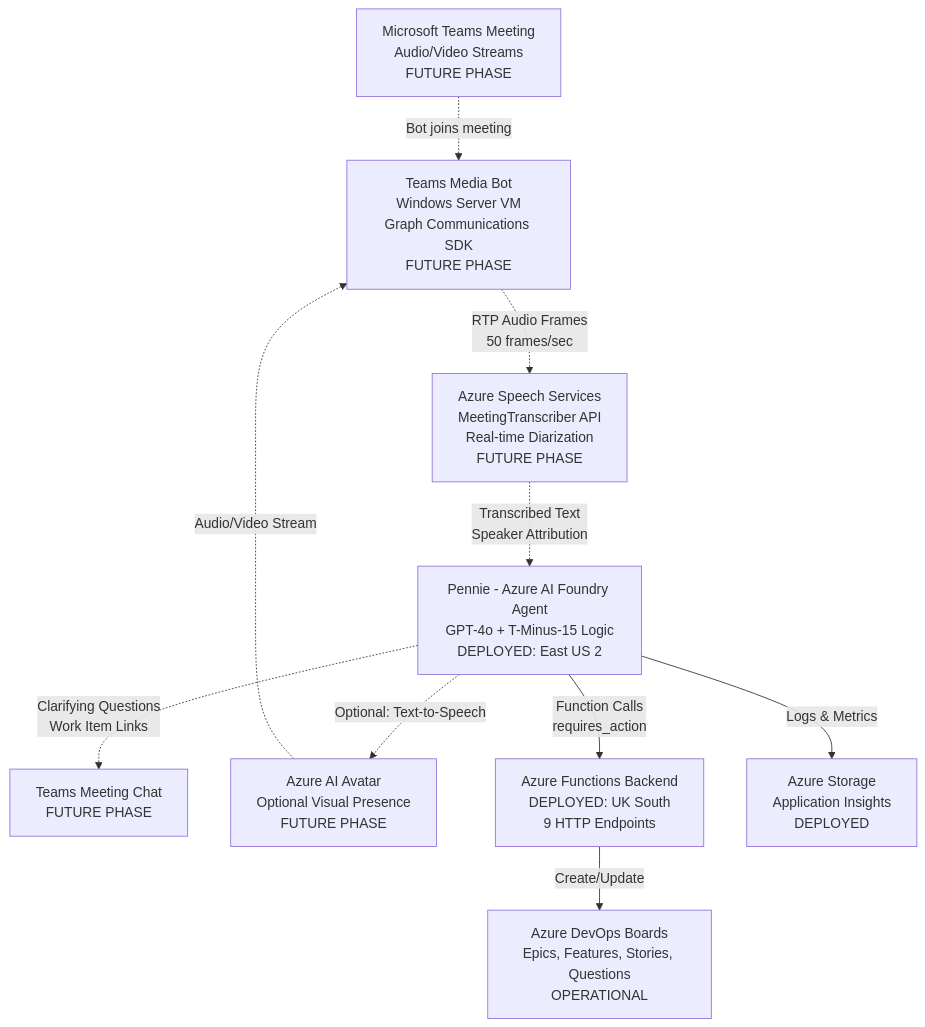
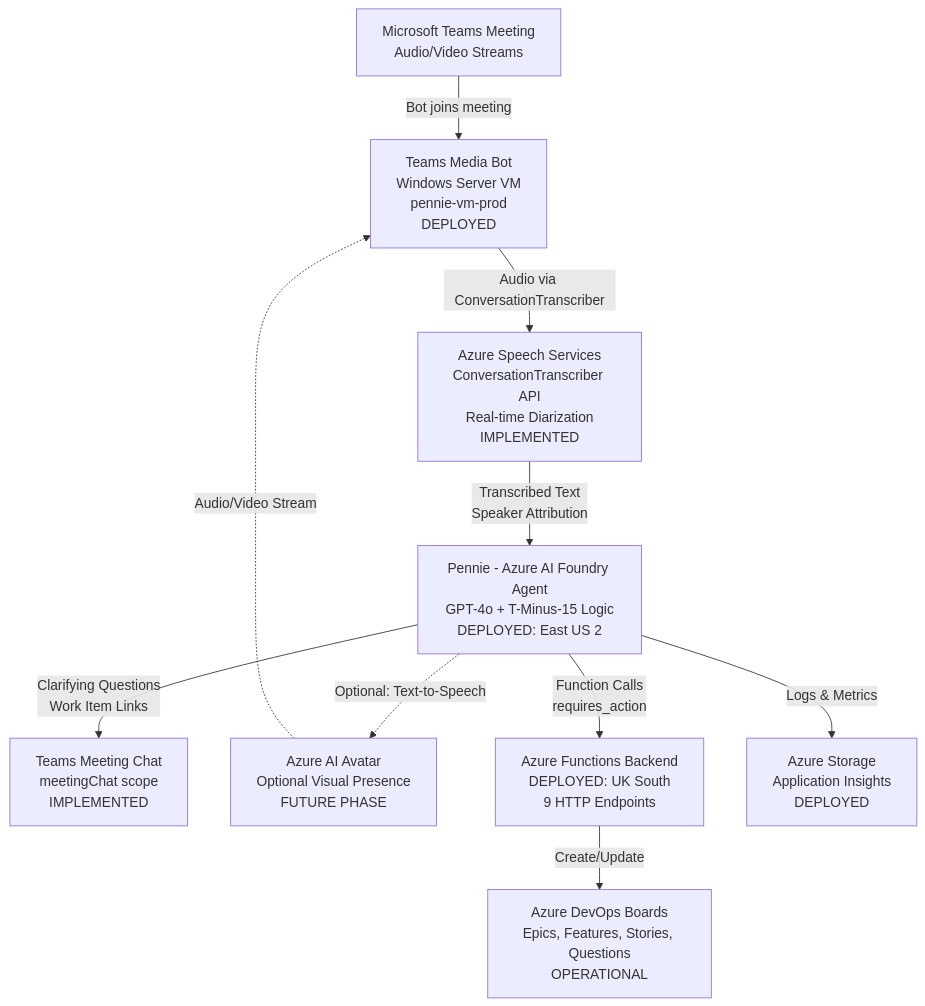
The diagram in docs/SOLUTION_DESIGN.adoc (knowall-ai/GetPenn.ie), drawn with Mermaid before and after one commit. The commit also changed other lines of this file, not shown here.

First line of the commit message:
docs: Update SOLUTION_DESIGN.adoc to reflect deployed media bot infrastructure

```diff
--- a/docs/SOLUTION_DESIGN.adoc
+++ b/docs/SOLUTION_DESIGN.adoc
@@ -17,13 +19,13 @@
 [mermaid]
 ----
 flowchart TD
-    TeamsMeeting[Microsoft Teams Meeting<br/>Audio/Video Streams<br/>FUTURE PHASE] -.->|Bot joins meeting| MediaBot[Teams Media Bot<br/>Windows Server VM<br/>Graph Communications SDK<br/>FUTURE PHASE]
-    MediaBot -.->|RTP Audio Frames<br/>50 frames/sec| SpeechServices[Azure Speech Services<br/>MeetingTranscriber API<br/>Real-time Diarization<br/>FUTURE PHASE]
-    SpeechServices -.->|Transcribed Text<br/>Speaker Attribution| FoundryAgent[Pennie - Azure AI Foundry Agent<br/>GPT-4o + T-Minus-15 Logic<br/>DEPLOYED: East US 2]
-    FoundryAgent -.->|Clarifying Questions<br/>Work Item Links| TeamsChat[Teams Meeting Chat<br/>FUTURE PHASE]
+    TeamsMeeting[Microsoft Teams Meeting<br/>Audio/Video Streams] -->|Bot joins meeting| MediaBot[Teams Media Bot<br/>Windows Server VM<br/>pennie-vm-prod<br/>DEPLOYED]
+    MediaBot -->|Audio via ConversationTranscriber| SpeechServices[Azure Speech Services<br/>ConversationTranscriber API<br/>Real-time Diarization<br/>IMPLEMENTED]
+    SpeechServices -->|Transcribed Text<br/>Speaker Attribution| FoundryAgent[Pennie - Azure AI Foundry Agent<br/>GPT-4o + T-Minus-15 Logic<br/>DEPLOYED: East US 2]
+    FoundryAgent -->|Clarifying Questions<br/>Work Item Links| TeamsChat[Teams Meeting Chat<br/>meetingChat scope<br/>IMPLEMENTED]
     FoundryAgent -.->|Optional: Text-to-Speech| Avatar[Azure AI Avatar<br/>Optional Visual Presence<br/>FUTURE PHASE]
     Avatar -.->|Audio/Video Stream| MediaBot
     FoundryAgent -->|Function Calls<br/>requires_action| DevOpsTools[Azure Functions Backend<br/>DEPLOYED: UK South<br/>9 HTTP Endpoints]
     DevOpsTools -->|Create/Update| AzureDevOps[Azure DevOps Boards<br/>Epics, Features, Stories, Questions<br/>OPERATIONAL]
     FoundryAgent -->|Logs & Metrics| Storage[Azure Storage<br/>Application Insights<br/>DEPLOYED]
 ----
```
